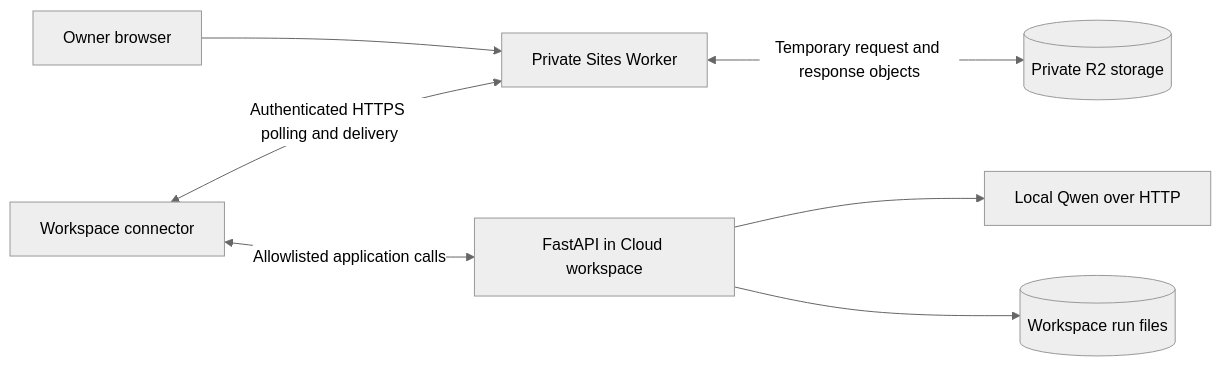
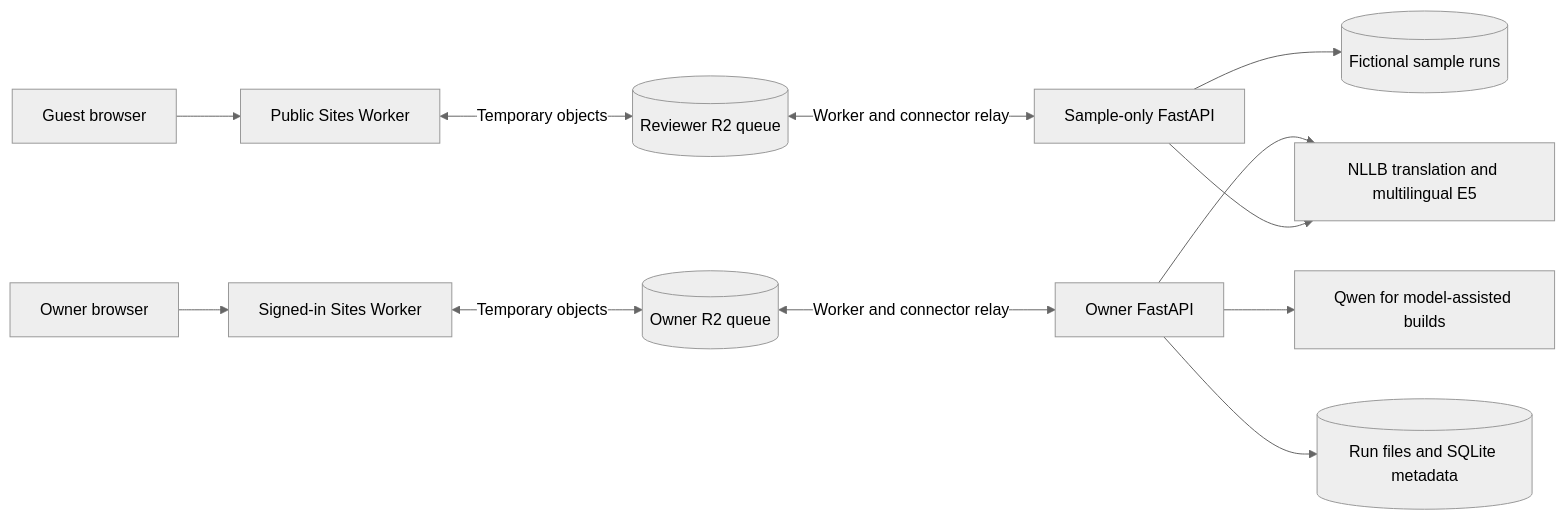
The second of 4 diagrams in README.md (SrijanSingh2006/Ocean-AI-Assignment-ForgeAI), drawn with Mermaid (neutral theme) before and after one commit. The commit also changed other lines of this file and 22 other files, not shown here.

````diff
--- a/README.md
+++ b/README.md
@@ -118,9 +128,14 @@
 ```mermaid
 flowchart LR
-    B["Owner browser"] --> W["Private Sites Worker"]
-    W <-->|Temporary request and response objects| R[("Private R2 storage")]
-    C["Workspace connector"] <-->|Authenticated HTTPS polling and delivery| W
-    C <-->|Allowlisted application calls| F["FastAPI in Cloud workspace"]
-    F --> M["Local Qwen over HTTP"]
-    F --> D[("Workspace run files")]
+    B["Guest browser"] --> W["Public Sites Worker"]
+    O["Owner browser"] --> OW["Signed-in Sites Worker"]
+    W <-->|Temporary objects| R[("Reviewer R2 queue")]
+    OW <-->|Temporary objects| OR[("Owner R2 queue")]
+    R <-->|Worker and connector relay| G["Sample-only FastAPI"]
+    OR <-->|Worker and connector relay| F["Owner FastAPI"]
+    F --> M["Qwen for model-assisted builds"]
+    F --> D[("Run files and SQLite metadata")]
+    G --> S[("Fictional sample runs")]
+    F --> L["NLLB translation and multilingual E5"]
+    G --> L
 ```
````
